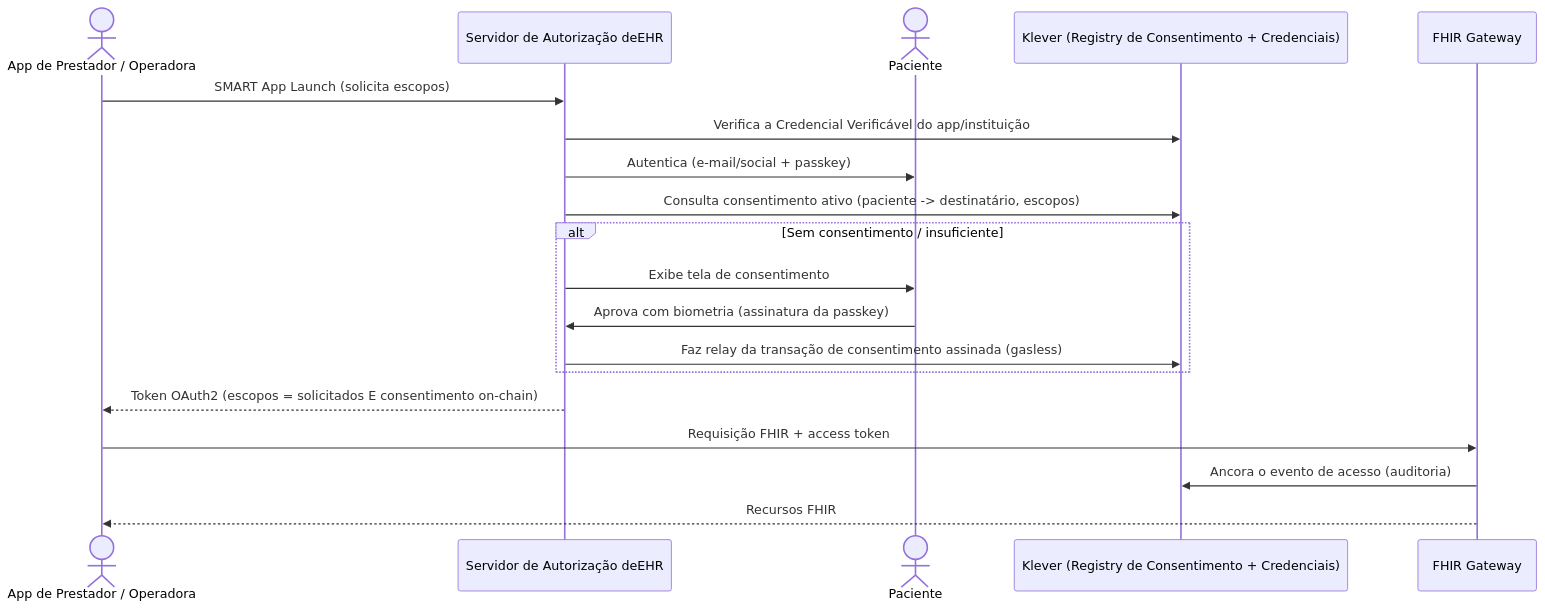
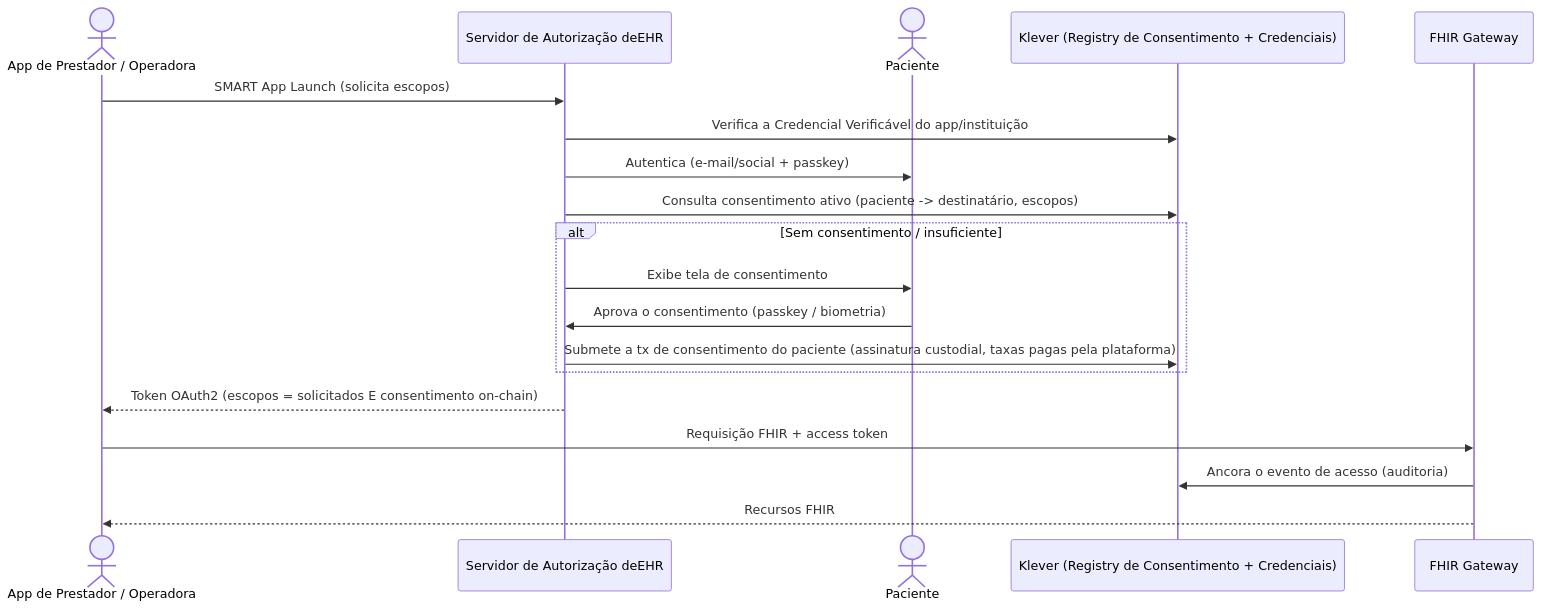
Before and after one commit to brunocampos-ssa/deEHR: the second of 2 diagrams in README.pt-BR.md, drawn with Mermaid. The commit also changed other lines of this file and 2 other files, not shown here.

````diff
--- a/README.pt-BR.md
+++ b/README.pt-BR.md
@@ -193,22 +193,22 @@
 ```mermaid
 sequenceDiagram
   actor App as App de Prestador / Operadora
   participant AS as Servidor de Autorização deEHR
   actor Pt as Paciente
   participant Chain as Klever (Registry de Consentimento + Credenciais)
   participant GW as FHIR Gateway
 
   App->>AS: SMART App Launch (solicita escopos)
   AS->>Chain: Verifica a Credencial Verificável do app/instituição
   AS->>Pt: Autentica (e-mail/social + passkey)
   AS->>Chain: Consulta consentimento ativo (paciente -> destinatário, escopos)
   alt Sem consentimento / insuficiente
     AS->>Pt: Exibe tela de consentimento
-    Pt->>AS: Aprova com biometria (assinatura da passkey)
-    AS->>Chain: Faz relay da transação de consentimento assinada (gasless)
+    Pt->>AS: Aprova o consentimento (passkey / biometria)
+    AS->>Chain: Submete a tx de consentimento do paciente (assinatura custodial, taxas pagas pela plataforma)
   end
   AS-->>App: Token OAuth2 (escopos = solicitados E consentimento on-chain)
   App->>GW: Requisição FHIR + access token
   GW->>Chain: Ancora o evento de acesso (auditoria)
   GW-->>App: Recursos FHIR
 ```
````
